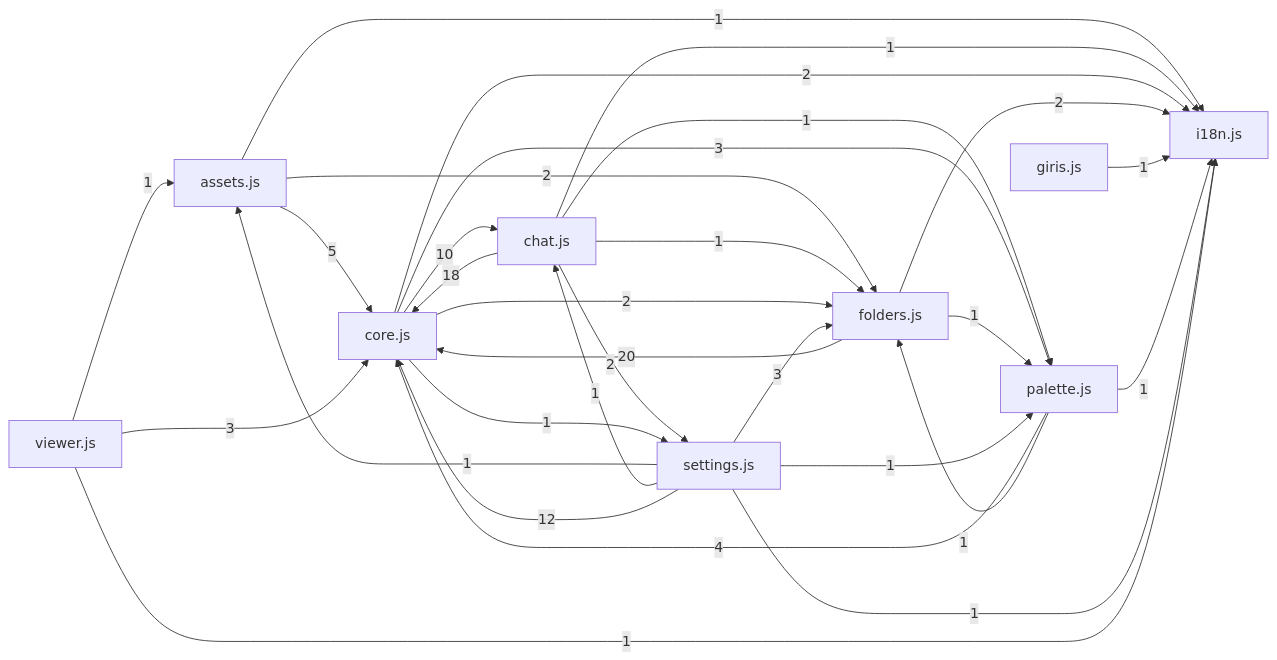
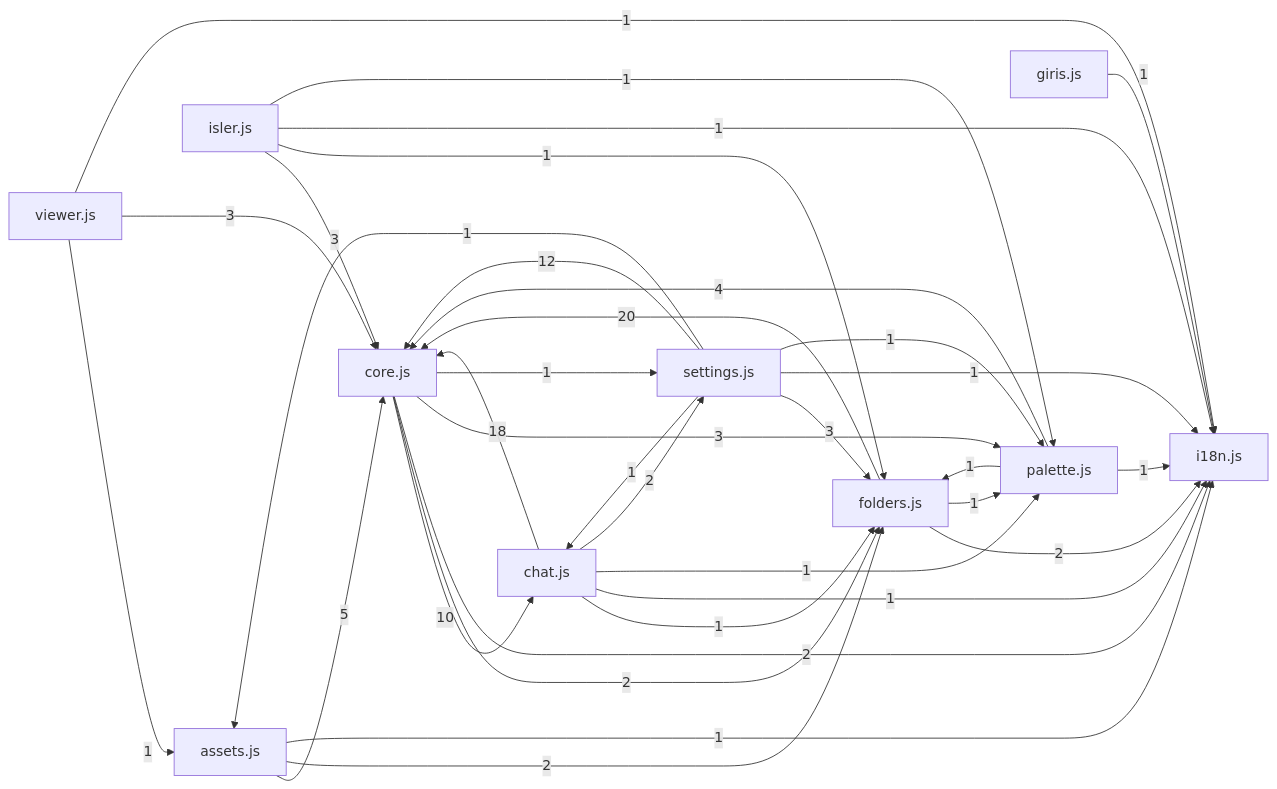
The diagram in docs/graflar/onyuz.md (Zenginby/kromis), drawn with Mermaid before and after one commit. The commit also changed other lines of this file and 27 other files, not shown here.

````diff
--- a/docs/graflar/onyuz.md
+++ b/docs/graflar/onyuz.md
@@ -30,32 +31,36 @@
 ```mermaid
 flowchart LR
   n_assets_js["assets.js"] -->|5| n_core_js["core.js"]
   n_assets_js["assets.js"] -->|2| n_folders_js["folders.js"]
   n_assets_js["assets.js"] -->|1| n_i18n_js["i18n.js"]
   n_chat_js["chat.js"] -->|18| n_core_js["core.js"]
   n_chat_js["chat.js"] -->|1| n_folders_js["folders.js"]
   n_chat_js["chat.js"] -->|1| n_i18n_js["i18n.js"]
   n_chat_js["chat.js"] -->|1| n_palette_js["palette.js"]
   n_chat_js["chat.js"] -->|2| n_settings_js["settings.js"]
   n_core_js["core.js"] -->|10| n_chat_js["chat.js"]
   n_core_js["core.js"] -->|2| n_folders_js["folders.js"]
   n_core_js["core.js"] -->|2| n_i18n_js["i18n.js"]
   n_core_js["core.js"] -->|3| n_palette_js["palette.js"]
   n_core_js["core.js"] -->|1| n_settings_js["settings.js"]
   n_folders_js["folders.js"] -->|20| n_core_js["core.js"]
   n_folders_js["folders.js"] -->|2| n_i18n_js["i18n.js"]
   n_folders_js["folders.js"] -->|1| n_palette_js["palette.js"]
   n_giris_js["giris.js"] -->|1| n_i18n_js["i18n.js"]
+  n_isler_js["isler.js"] -->|3| n_core_js["core.js"]
+  n_isler_js["isler.js"] -->|1| n_folders_js["folders.js"]
+  n_isler_js["isler.js"] -->|1| n_i18n_js["i18n.js"]
+  n_isler_js["isler.js"] -->|1| n_palette_js["palette.js"]
   n_palette_js["palette.js"] -->|4| n_core_js["core.js"]
   n_palette_js["palette.js"] -->|1| n_folders_js["folders.js"]
   n_palette_js["palette.js"] -->|1| n_i18n_js["i18n.js"]
   n_settings_js["settings.js"] -->|1| n_assets_js["assets.js"]
   n_settings_js["settings.js"] -->|1| n_chat_js["chat.js"]
   n_settings_js["settings.js"] -->|12| n_core_js["core.js"]
   n_settings_js["settings.js"] -->|3| n_folders_js["folders.js"]
   n_settings_js["settings.js"] -->|1| n_i18n_js["i18n.js"]
   n_settings_js["settings.js"] -->|1| n_palette_js["palette.js"]
   n_viewer_js["viewer.js"] -->|1| n_assets_js["assets.js"]
   n_viewer_js["viewer.js"] -->|3| n_core_js["core.js"]
   n_viewer_js["viewer.js"] -->|1| n_i18n_js["i18n.js"]
 ```
````
